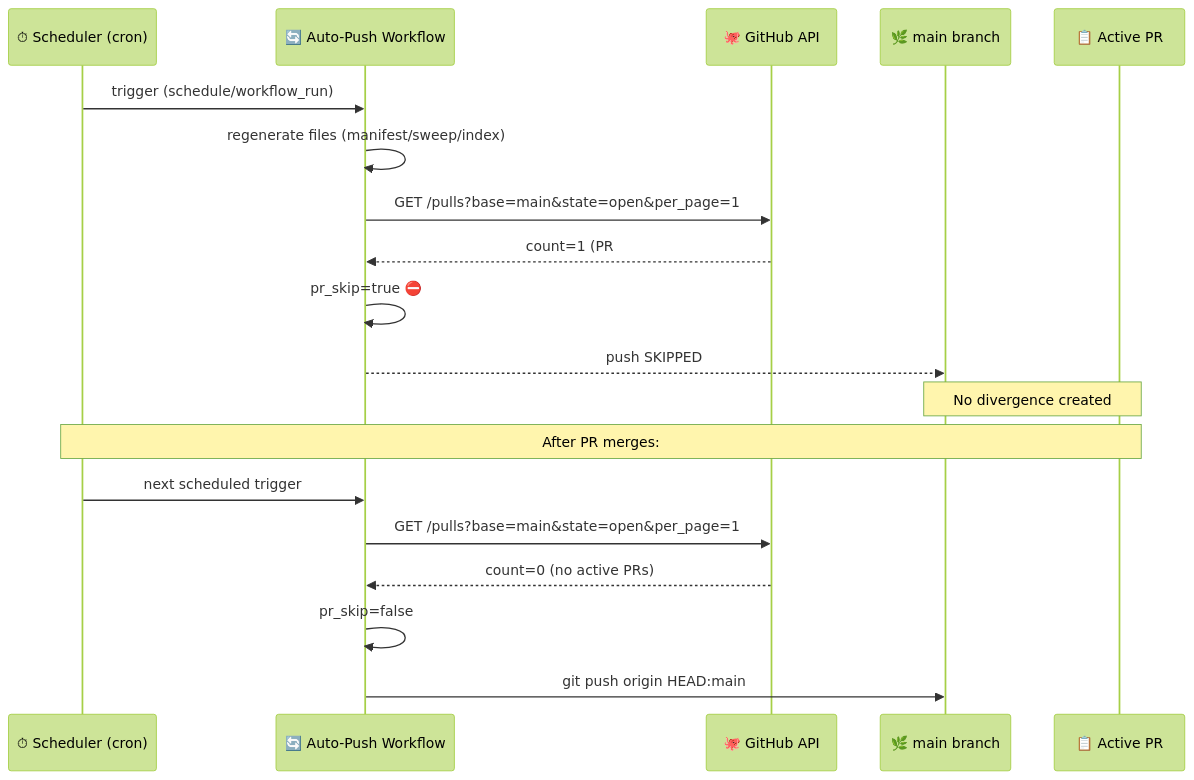
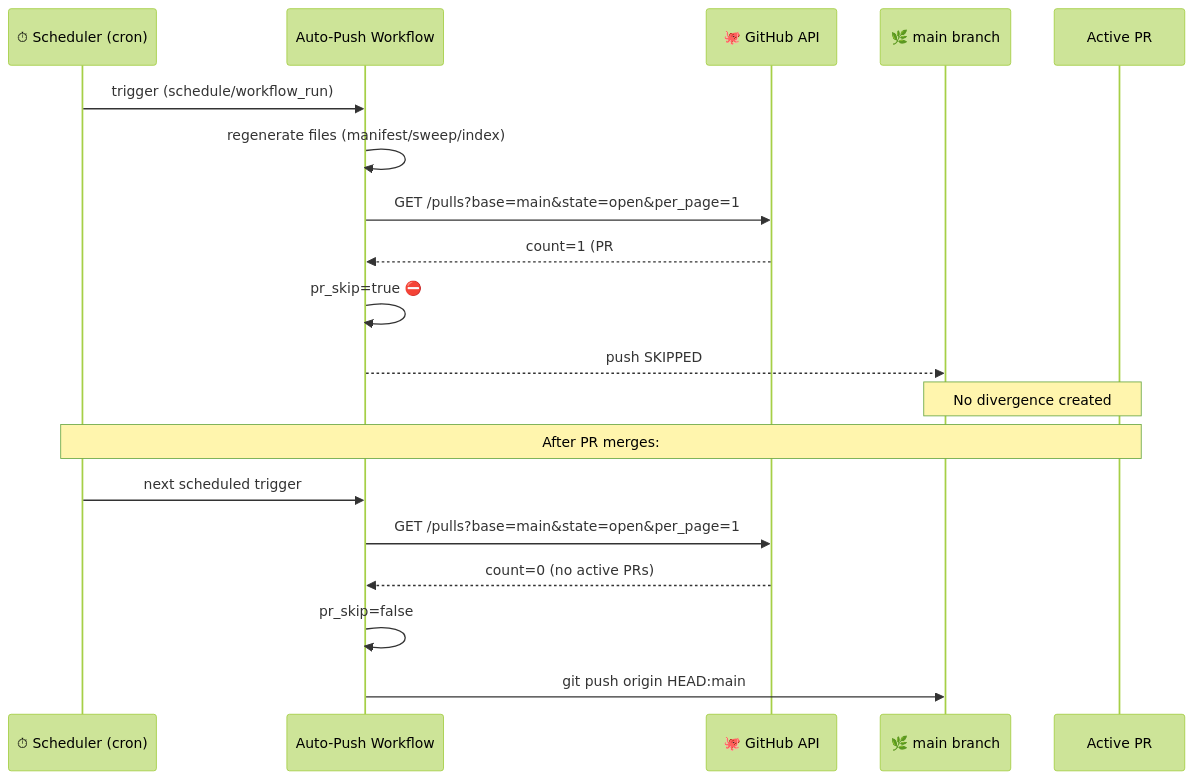
One commit to Aries-Serpent/_codex_ changed diagram 28 of 28 in docs/sessions/PR4289_session_diagram.md. Above: the diagram before and after it, drawn with Mermaid (forest theme). The commit also changed other lines of this file and 1989 other files, not shown here.

````diff
--- a/docs/sessions/PR4289_session_diagram.md
+++ b/docs/sessions/PR4289_session_diagram.md
@@ -1295,24 +1295,24 @@
 ```mermaid
 %%{init: {'accessibility': {'title': 'Sequence Diagram: >>Workflow: count=1 (PR #4289 '}}%%
 sequenceDiagram
     participant Scheduler as ⏱ Scheduler (cron)
-    participant Workflow as 🔄 Auto-Push Workflow
+    participant Workflow as  Auto-Push Workflow
     participant GH_API as 🐙 GitHub API
     participant Main as 🌿 main branch
-    participant PR as 📋 Active PR
+    participant PR as  Active PR
 
     Scheduler->>Workflow: trigger (schedule/workflow_run)
     Workflow->>Workflow: regenerate files (manifest/sweep/index)
     Workflow->>GH_API: GET /pulls?base=main&state=open&per_page=1
     GH_API-->>Workflow: count=1 (PR #4289 is open)
     Workflow->>Workflow: pr_skip=true ⛔
     Workflow-->>Main: push SKIPPED
     note over PR,Main: No divergence created 
 
     note over Scheduler,PR: After PR merges:
     Scheduler->>Workflow: next scheduled trigger
     Workflow->>GH_API: GET /pulls?base=main&state=open&per_page=1
     GH_API-->>Workflow: count=0 (no active PRs)
     Workflow->>Workflow: pr_skip=false 
     Workflow->>Main: git push origin HEAD:main 
 ```
````
